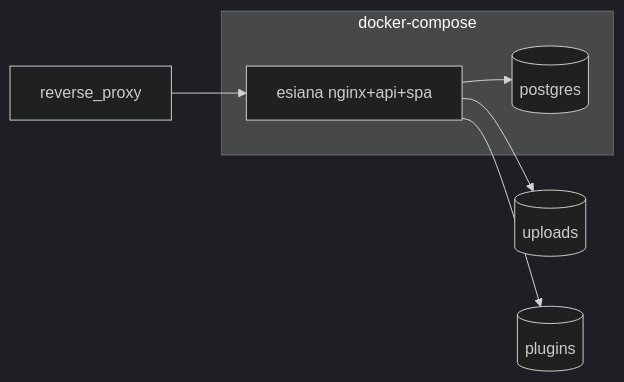
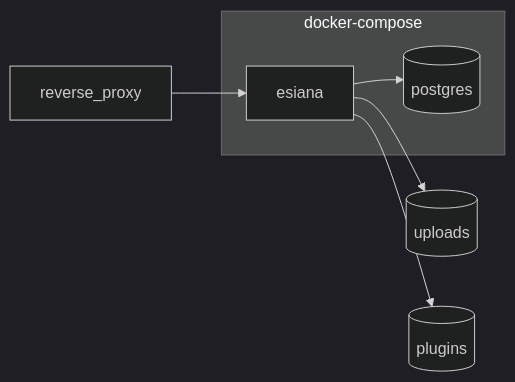
Before and after one commit to Esiana-ttrpg/docs: the diagram in self-hosting/docker.md, drawn with Mermaid (dark theme). The commit also changed other lines of this file and 9 other files, not shown here.

````diff
--- a/self-hosting/docker.md
+++ b/self-hosting/docker.md
@@ -11,11 +11,11 @@
 ```mermaid
 flowchart LR
   subgraph compose [docker-compose]
     PG[(postgres)]
-    APP[esiana nginx+api+spa]
+    APP[esiana]
   end
   RP[reverse_proxy] --> APP
   APP --> PG
   APP --> VolUploads[(uploads)]
   APP --> VolPlugins[(plugins)]
 ```
````
